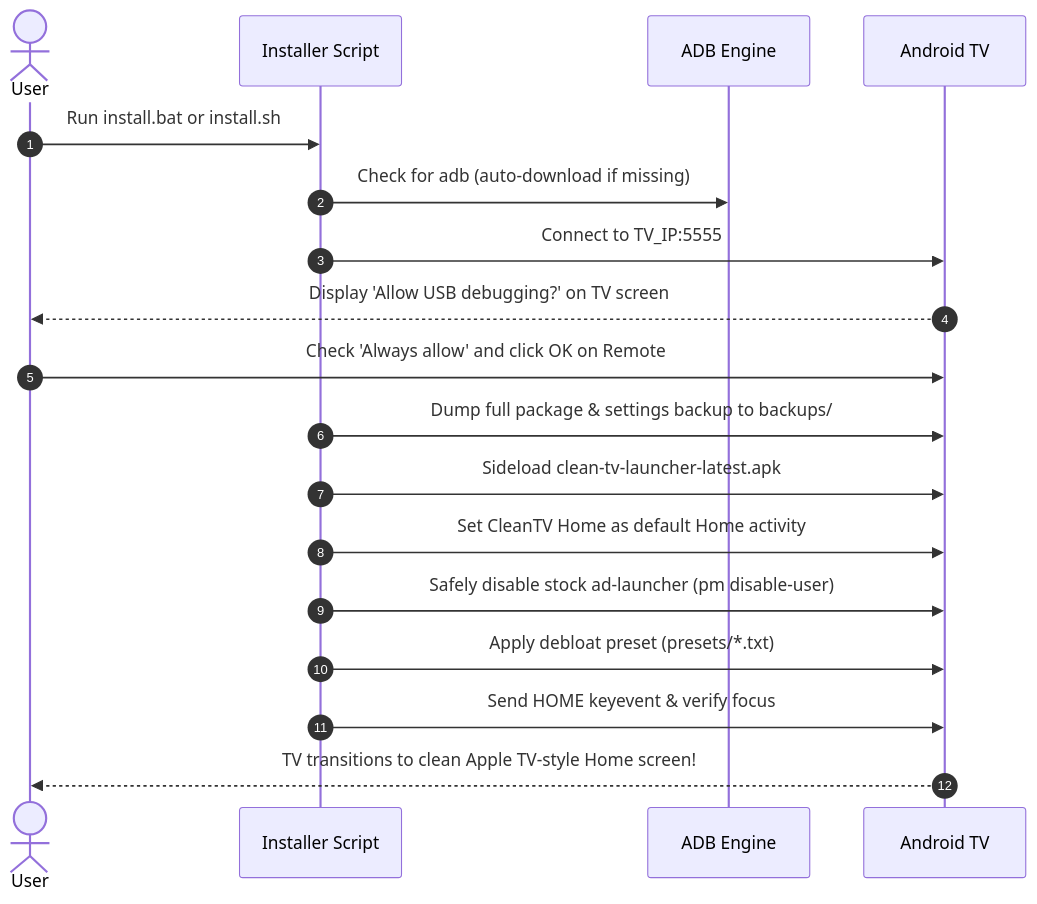
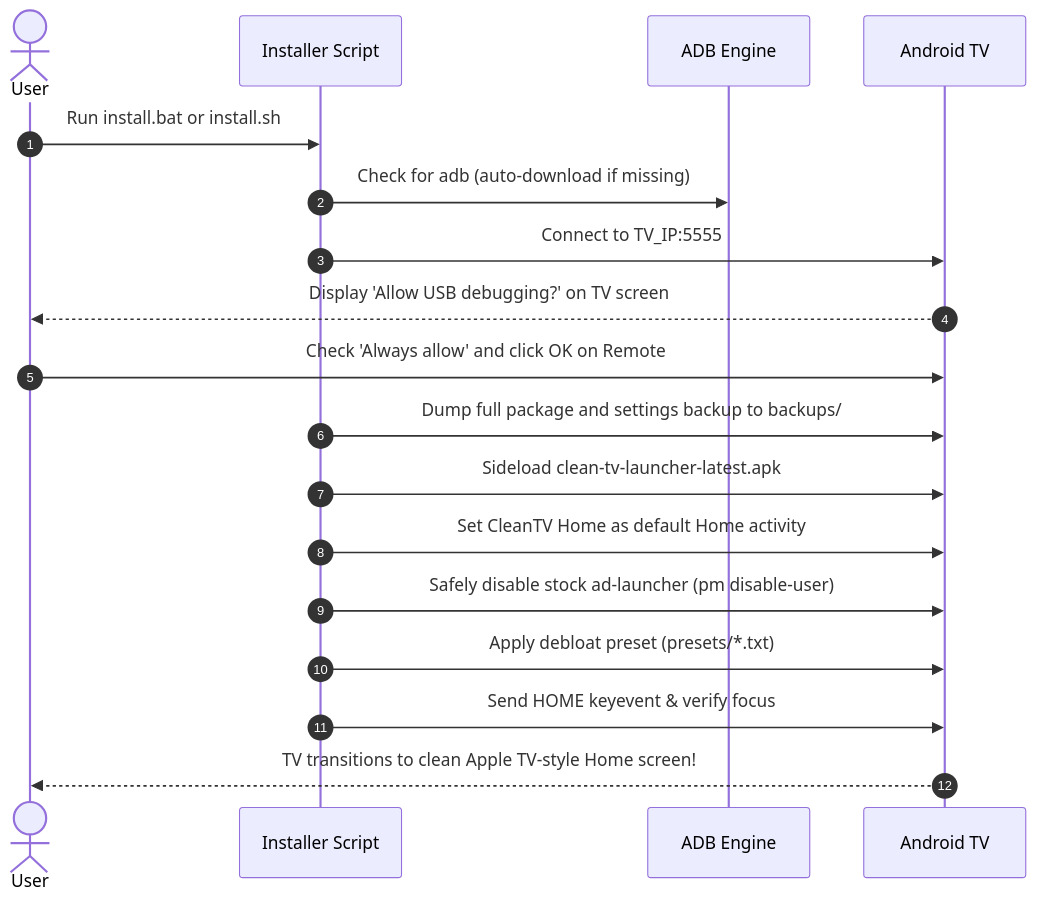
One commit to Rishisharma029/CleanTV-Home changed the second of 3 diagrams in README.md. Above: the diagram before and after it, drawn with Mermaid. The commit also changed other lines of this file and 5 other files, not shown here.

Commit message:
fix(ci): fix shellcheck warnings, assembleDebug build step, and Mermaid rollback diagram

````diff
--- a/README.md
+++ b/README.md
@@ -71,21 +71,21 @@
 ```mermaid
 sequenceDiagram
     autonumber
     actor User as User
     participant Script as Installer Script
     participant ADB as ADB Engine
     participant TV as Android TV
 
     User->>Script: Run install.bat or install.sh
     Script->>ADB: Check for adb (auto-download if missing)
     Script->>TV: Connect to TV_IP:5555
     TV-->>User: Display 'Allow USB debugging?' on TV screen
     User->>TV: Check 'Always allow' and click OK on Remote
-    Script->>TV: Dump full package & settings backup to backups/
+    Script->>TV: Dump full package and settings backup to backups/
     Script->>TV: Sideload clean-tv-launcher-latest.apk
     Script->>TV: Set CleanTV Home as default Home activity
     Script->>TV: Safely disable stock ad-launcher (pm disable-user)
     Script->>TV: Apply debloat preset (presets/*.txt)
     Script->>TV: Send HOME keyevent & verify focus
     TV-->>User: TV transitions to clean Apple TV-style Home screen!
 ```
````
